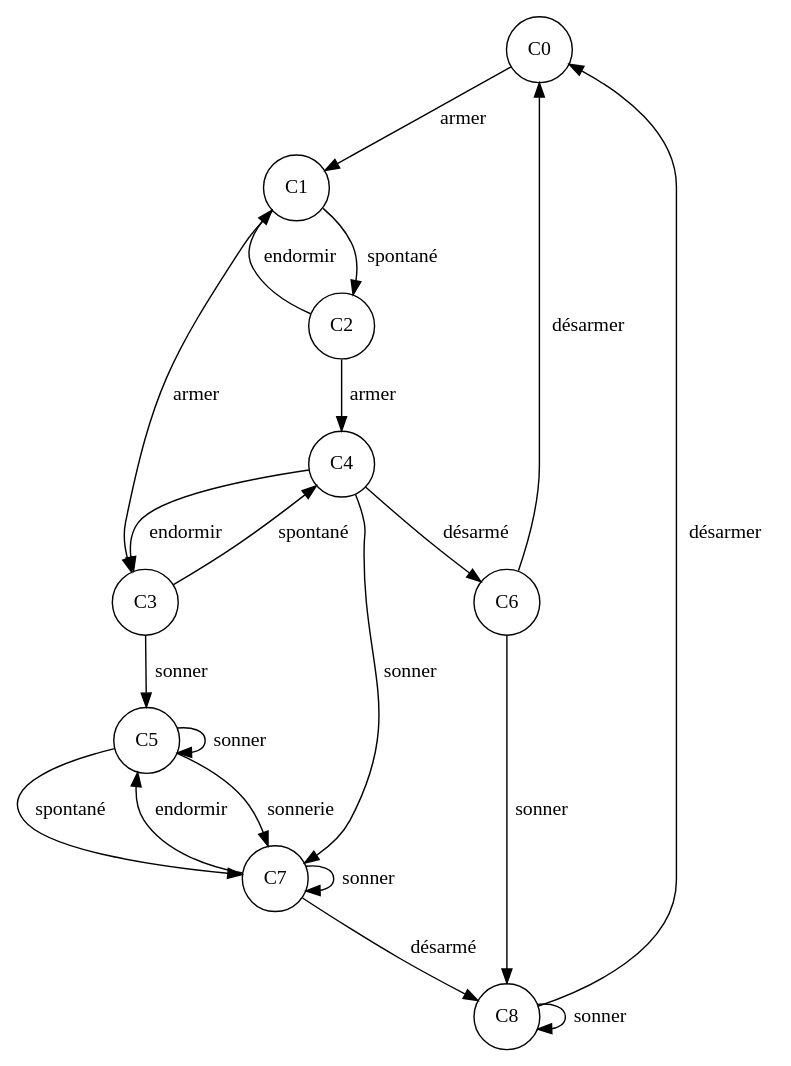
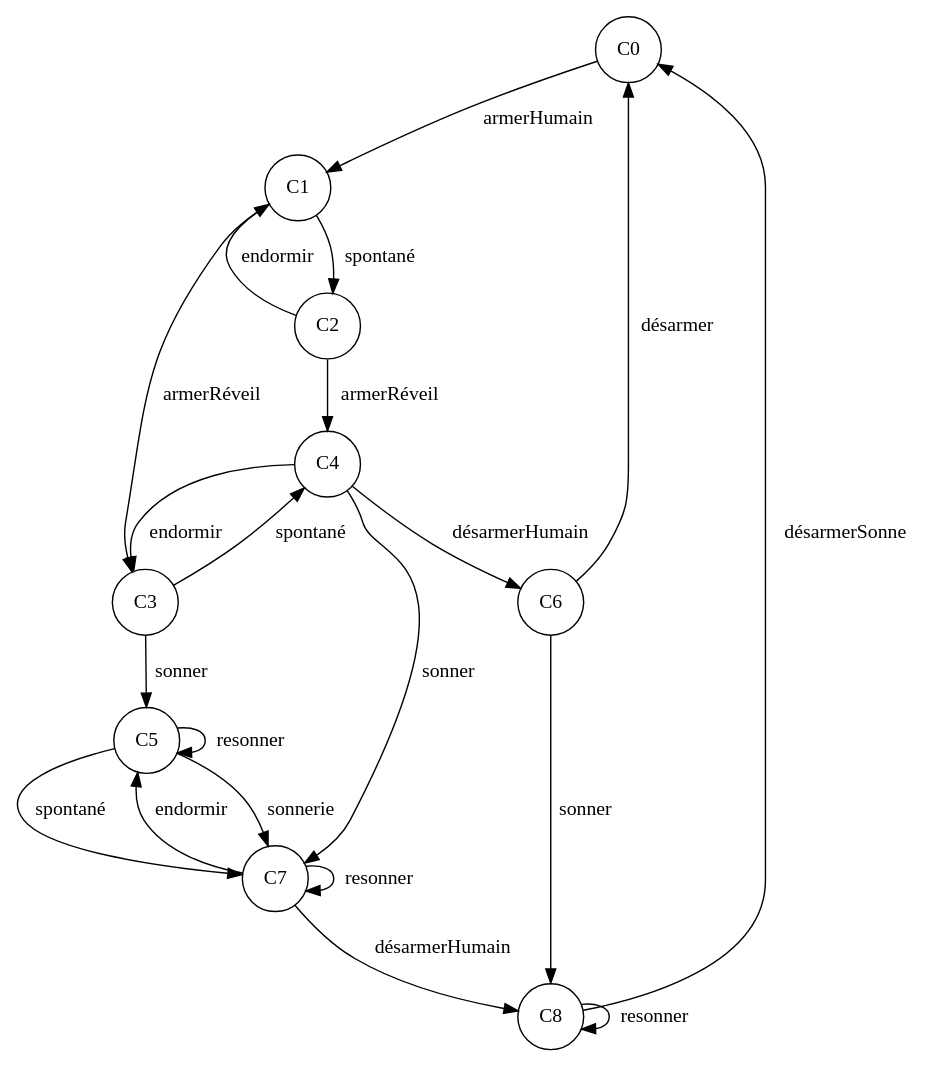
The diagram in petri/systeme_complementaire-untimed.dot (nemolovich/ReveilPetri), drawn with Graphviz before and after one commit. The commit also changed 18 other files, not shown here.

```diff
--- a/petri/systeme_complementaire-untimed.dot
+++ b/petri/systeme_complementaire-untimed.dot
@@ -1,24 +1,24 @@
 digraph automaton {
 node [shape = circle];
 rankdir=TD;
-C0 -> C1 [label="armer"];
+C0 -> C1 [label="armerHumain"];
 C1 -> C2 [label="spontané"];
-C1 -> C3 [label="armer"];
+C1 -> C3 [label="armerRéveil"];
 C2 -> C1 [label="endormir"];
-C2 -> C4 [label="armer"];
+C2 -> C4 [label="armerRéveil"];
 C3 -> C4 [label="spontané"];
 C3 -> C5 [label="sonner"];
-C4 -> C6 [label="désarmé"];
+C4 -> C6 [label="désarmerHumain"];
 C4 -> C3 [label="endormir"];
 C4 -> C7 [label="sonner"];
 C5 -> C7 [label="sonnerie"];
 C5 -> C7 [label="spontané"];
-C5 -> C5 [label="sonner"];
+C5 -> C5 [label="resonner"];
 C6 -> C0 [label="désarmer"];
 C6 -> C8 [label="sonner"];
-C7 -> C8 [label="désarmé"];
+C7 -> C8 [label="désarmerHumain"];
 C7 -> C5 [label="endormir"];
-C7 -> C7 [label="sonner"];
-C8 -> C0 [label="désarmer"];
-C8 -> C8 [label="sonner"];
+C7 -> C7 [label="resonner"];
+C8 -> C0 [label="désarmerSonne"];
+C8 -> C8 [label="resonner"];
 }
```
